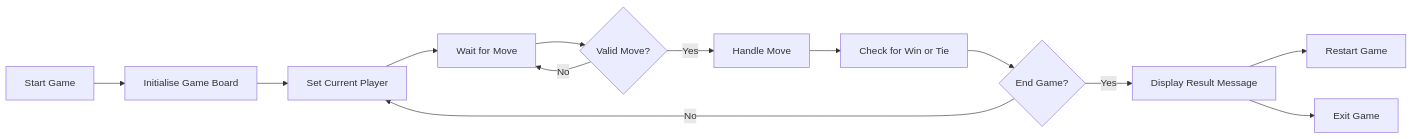
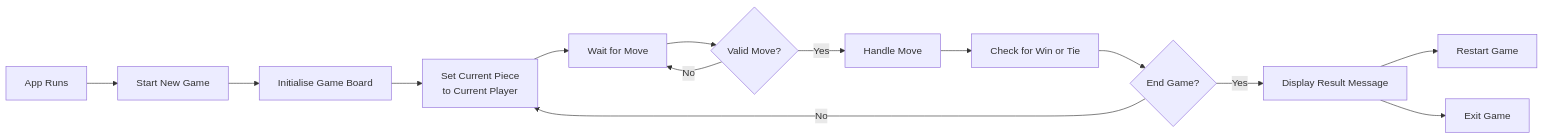
Before and after one commit to Code-Institute-Submissions/terni-lapilli--toe: the third of 6 diagrams in README.md, drawn with Mermaid. The commit also changed other lines of this file and 3 other files, not shown here.

````diff
--- a/README.md
+++ b/README.md
@@ -240,17 +253,18 @@
 ```mermaid
 
 graph LR
-    A[Start Game] --> B[Initialise Game Board]
-    B --> C[Set Current Player]
+    A[App Runs] --> b[Starts New Game]
+    b[Start New Game] --> B[Initialise Game Board]
+    B --> C[Set Current Piece \n to Current Player ]
     C --> D[Wait for Move]
     D --> E{Valid Move?}
     E -- Yes --> F[Handle Move]
     F --> G[Check for Win or Tie]
     G --> H{End Game?}
     H -- Yes --> I[Display Result Message]
     I --> J[Restart Game]
     I --> K[Exit Game]
     H -- No --> C
     E -- No --> D
 
 ```
````
